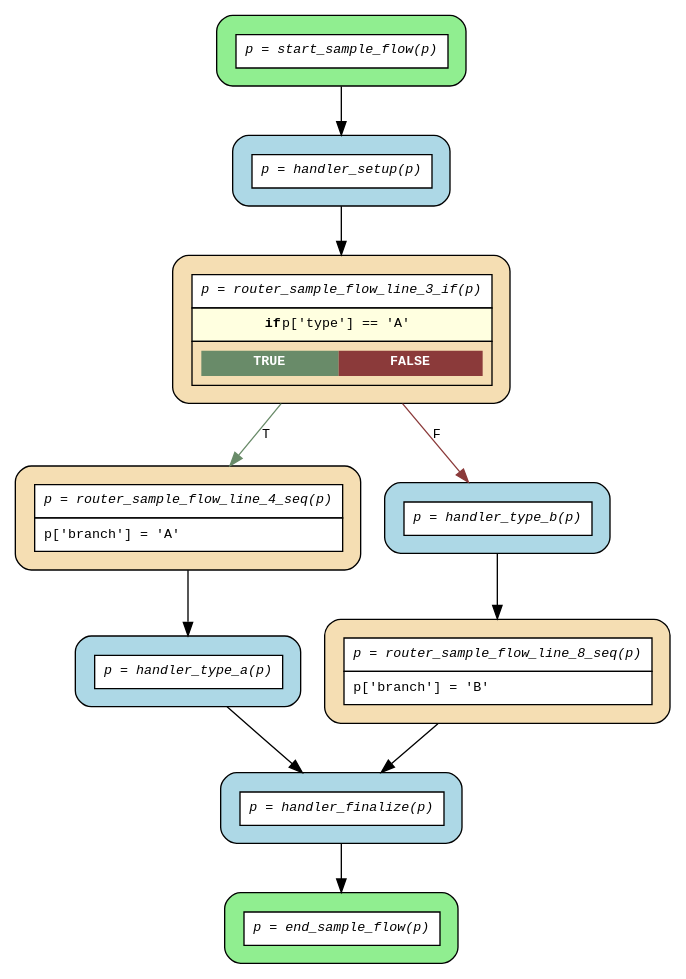
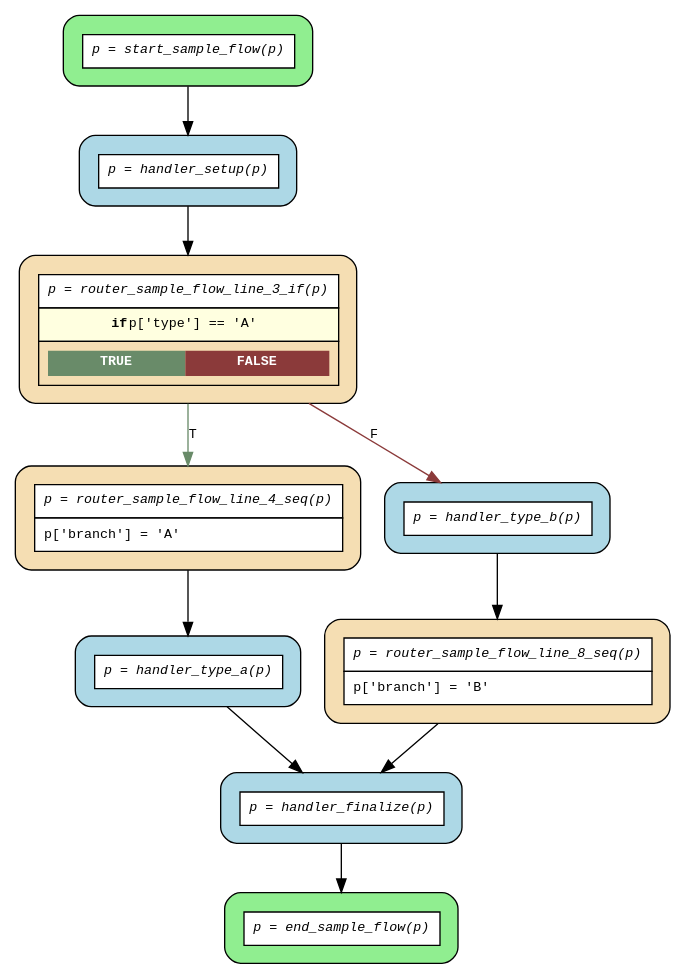
One commit to deliveryhero/asya changed the diagram in docs/img/for-data-scientists-flows/compiled/sample_flow/flow.dot. Above: the diagram before and after it, drawn with Graphviz. The commit also changed 5 other files, not shown here.

```diff
--- a/docs/img/for-data-scientists-flows/compiled/sample_flow/flow.dot
+++ b/docs/img/for-data-scientists-flows/compiled/sample_flow/flow.dot
@@ -1,26 +1,26 @@
 digraph flow {
   rankdir=TB;
   graph [fontname="Courier", fontsize=10];
   node [fontname="Courier", fontsize=10, shape=box, style="filled,rounded", margin="0.2"];
   edge [fontname="Courier", fontsize=10];
 
-  start_sample_flow [fillcolor="lightgreen", label=<<table border="0" cellspacing="0" cellpadding="6" cellborder="1"><tr><td bgcolor="white" align="center"><i>p = start_sample_flow(p)</i></td></tr></table>>];
-  router_sample_flow_line_4_seq [fillcolor="wheat", label=<<table border="0" cellspacing="0" cellpadding="6" cellborder="1"><tr><td bgcolor="white" align="center"><i>p = router_sample_flow_line_4_seq(p)</i></td></tr><tr><td bgcolor="white" align="left">p['branch'] = 'A'</td></tr></table>>];
-  router_sample_flow_line_8_seq [fillcolor="wheat", label=<<table border="0" cellspacing="0" cellpadding="6" cellborder="1"><tr><td bgcolor="white" align="center"><i>p = router_sample_flow_line_8_seq(p)</i></td></tr><tr><td bgcolor="white" align="left">p['branch'] = 'B'</td></tr></table>>];
-  router_sample_flow_line_3_if [fillcolor="wheat", label=<<table border="0" cellspacing="0" cellpadding="6" cellborder="1"><tr><td bgcolor="white" align="center"><i>p = router_sample_flow_line_3_if(p)</i></td></tr><tr><td bgcolor="lightyellow"><b>if</b> p['type'] == 'A'</td></tr><tr><td><table border="0" cellspacing="0" cellpadding="4"><tr><td bgcolor="darkseagreen4"><font color="white"><b>TRUE</b></font></td><td bgcolor="indianred4"><font color="white"><b>FALSE</b></font></td></tr></table></td></tr></table>>];
-  end_sample_flow [fillcolor="lightgreen", label=<<table border="0" cellspacing="0" cellpadding="6" cellborder="1"><tr><td bgcolor="white" align="center"><i>p = end_sample_flow(p)</i></td></tr></table>>];
+  start_sample_flow [fillcolor="lightgreen", group="main", label=<<table border="0" cellspacing="0" cellpadding="6" cellborder="1"><tr><td bgcolor="white" align="center"><i>p = start_sample_flow(p)</i></td></tr></table>>];
+  router_sample_flow_line_4_seq [fillcolor="wheat", group="main", label=<<table border="0" cellspacing="0" cellpadding="6" cellborder="1"><tr><td bgcolor="white" align="center"><i>p = router_sample_flow_line_4_seq(p)</i></td></tr><tr><td bgcolor="white" align="left">p['branch'] = 'A'</td></tr></table>>];
+  router_sample_flow_line_8_seq [fillcolor="wheat", group="main", label=<<table border="0" cellspacing="0" cellpadding="6" cellborder="1"><tr><td bgcolor="white" align="center"><i>p = router_sample_flow_line_8_seq(p)</i></td></tr><tr><td bgcolor="white" align="left">p['branch'] = 'B'</td></tr></table>>];
+  router_sample_flow_line_3_if [fillcolor="wheat", group="main", label=<<table border="0" cellspacing="0" cellpadding="6" cellborder="1"><tr><td bgcolor="white" align="center"><i>p = router_sample_flow_line_3_if(p)</i></td></tr><tr><td bgcolor="lightyellow"><b>if</b> p['type'] == 'A'</td></tr><tr><td><table border="0" cellspacing="0" cellpadding="4"><tr><td bgcolor="darkseagreen4"><font color="white"><b>TRUE</b></font></td><td bgcolor="indianred4"><font color="white"><b>FALSE</b></font></td></tr></table></td></tr></table>>];
+  end_sample_flow [fillcolor="lightgreen", group="main", label=<<table border="0" cellspacing="0" cellpadding="6" cellborder="1"><tr><td bgcolor="white" align="center"><i>p = end_sample_flow(p)</i></td></tr></table>>];
   handler_finalize [fillcolor="lightblue", label=<<table border="0" cellspacing="0" cellpadding="6" cellborder="1"><tr><td bgcolor="white" align="center"><i>p = handler_finalize(p)</i></td></tr></table>>];
   handler_setup [fillcolor="lightblue", label=<<table border="0" cellspacing="0" cellpadding="6" cellborder="1"><tr><td bgcolor="white" align="center"><i>p = handler_setup(p)</i></td></tr></table>>];
   handler_type_a [fillcolor="lightblue", label=<<table border="0" cellspacing="0" cellpadding="6" cellborder="1"><tr><td bgcolor="white" align="center"><i>p = handler_type_a(p)</i></td></tr></table>>];
   handler_type_b [fillcolor="lightblue", label=<<table border="0" cellspacing="0" cellpadding="6" cellborder="1"><tr><td bgcolor="white" align="center"><i>p = handler_type_b(p)</i></td></tr></table>>];
 
   handler_finalize -> end_sample_flow;
   handler_setup -> router_sample_flow_line_3_if;
   handler_type_a -> handler_finalize;
   handler_type_b -> router_sample_flow_line_8_seq;
   router_sample_flow_line_3_if -> handler_type_b [label="F", color=indianred4];
   router_sample_flow_line_3_if -> router_sample_flow_line_4_seq [label="T", color=darkseagreen4];
   router_sample_flow_line_4_seq -> handler_type_a;
   router_sample_flow_line_8_seq -> handler_finalize;
   start_sample_flow -> handler_setup;
 }
```
